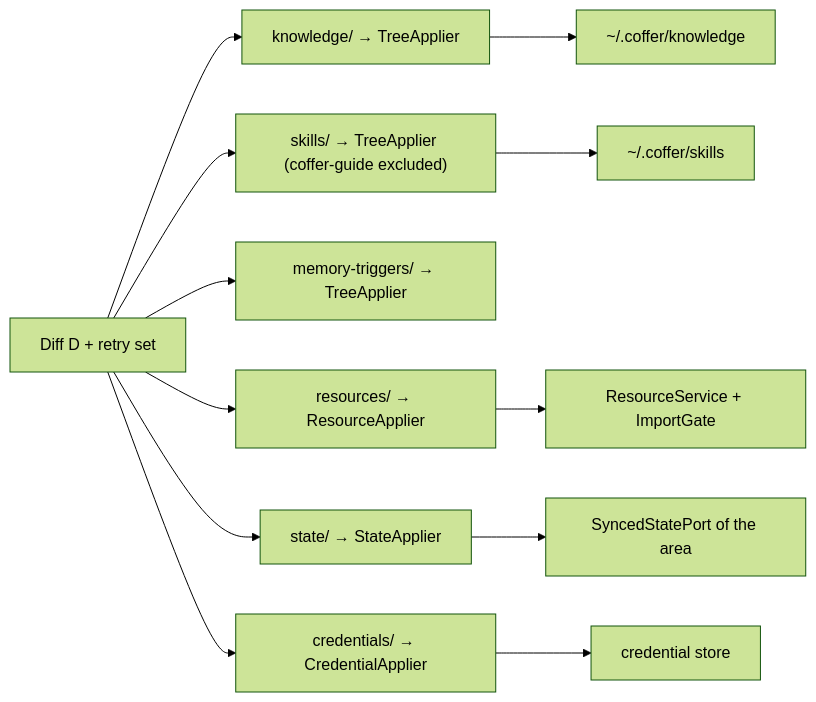
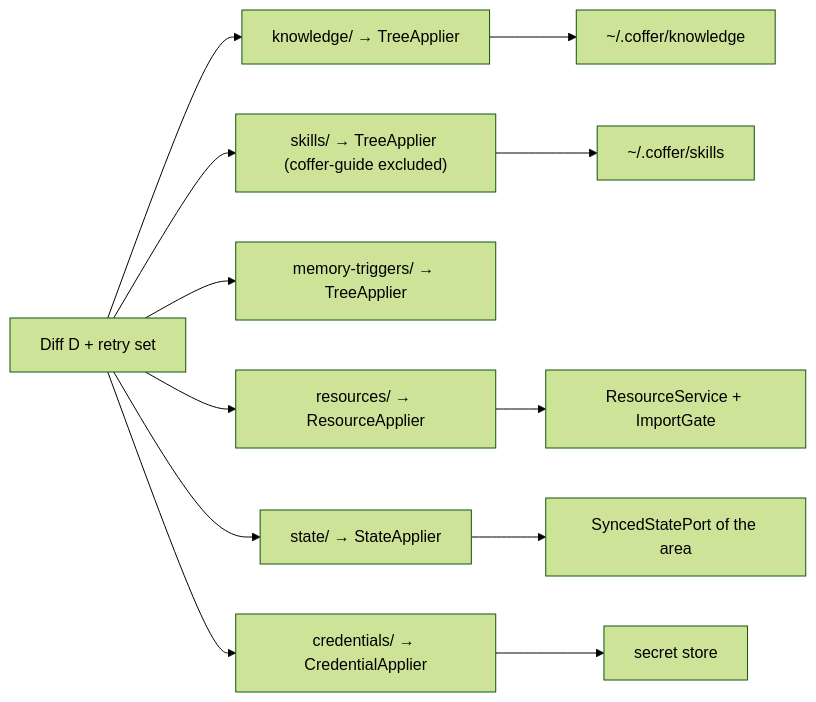
Before and after one commit to wyx-sg/Coffer: the third of 3 diagrams in docs-site/architecture/vault-sync.md, drawn with Mermaid (forest theme). The commit also changed other lines of this file and 340 other files, not shown here.

````diff
--- a/docs-site/architecture/vault-sync.md
+++ b/docs-site/architecture/vault-sync.md
@@ -196,14 +196,14 @@
 ```mermaid
 flowchart LR
     D["Diff D + retry set"] --> K["knowledge/ → TreeApplier"]
     D --> SK["skills/ → TreeApplier (coffer-guide excluded)"]
     D --> MT["memory-triggers/ → TreeApplier"]
     D --> RS["resources/ → ResourceApplier"]
     D --> ST["state/ → StateApplier"]
     D --> CR["credentials/ → CredentialApplier"]
     RS --> SVC["ResourceService + ImportGate"]
     ST --> SP["SyncedStatePort of the area"]
     K --> FS["~/.coffer/knowledge"]
     SK --> FS2["~/.coffer/skills"]
-    CR --> CS["credential store"]
+    CR --> CS["secret store"]
 ```
````
